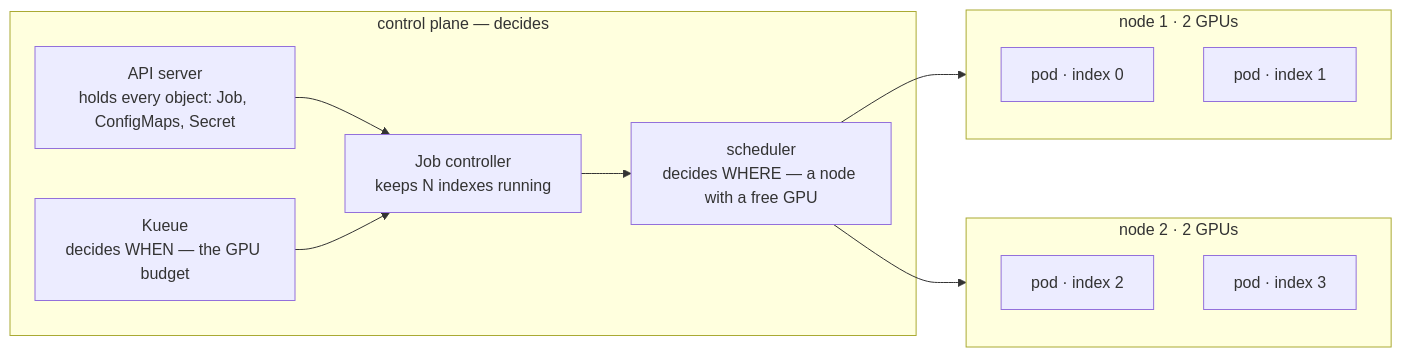
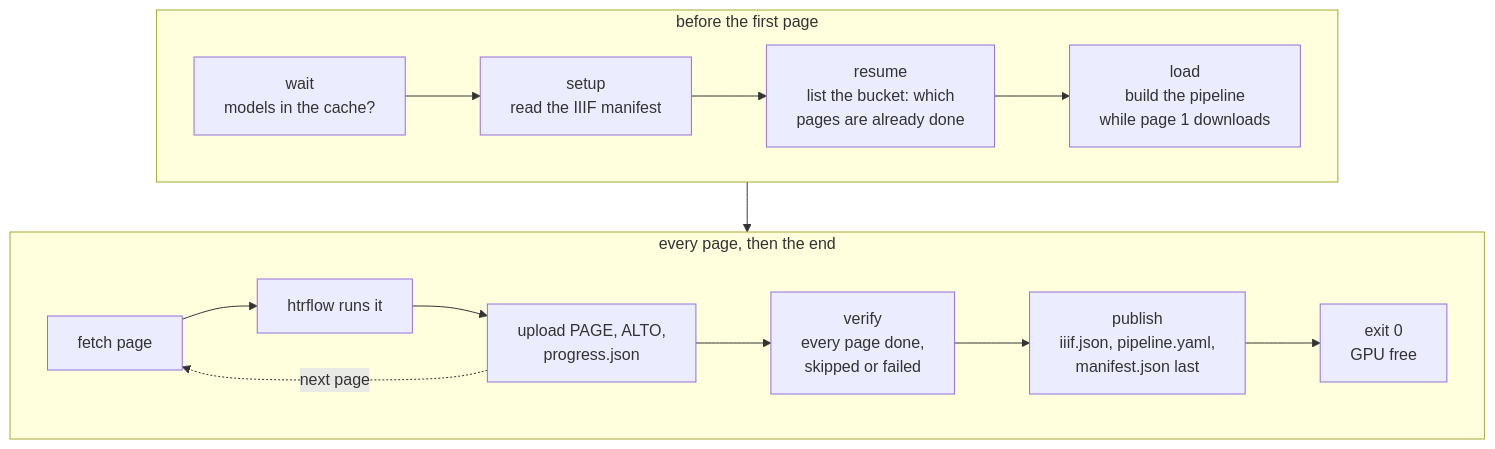
One commit to AI-Riksarkivet/htrflow-batch changed the diagram in docs/slides/assets/part-1-from-one-folder-to-the-archive-2.mmd. Above: the diagram before and after it, drawn with Mermaid. The commit also changed 20 other files, not shown here.

```diff
--- a/docs/slides/assets/part-1-from-one-folder-to-the-archive-2.mmd
+++ b/docs/slides/assets/part-1-from-one-folder-to-the-archive-2.mmd
@@ -1,19 +1,11 @@
-flowchart LR
-  subgraph CP["control plane — decides"]
-    API["API server<br/>holds every object: Job, ConfigMaps, Secret"]
-    JC["Job controller<br/>keeps N indexes running"]
-    KQ["Kueue<br/>decides WHEN — the GPU budget"]
-    SCH["scheduler<br/>decides WHERE — a node with a free GPU"]
+flowchart TB
+  subgraph A["before the first page"]
+    direction LR
+    W["wait<br/>models in the cache?"] --> S["setup<br/>read the IIIF manifest"] --> R["resume<br/>list the bucket: which<br/>pages are already done"] --> L["load<br/>build the pipeline<br/>while page 1 downloads"]
   end
-  subgraph N1["node 1 · 2 GPUs"]
-    P0["pod · index 0"]
-    P1["pod · index 1"]
+  subgraph B["every page, then the end"]
+    direction LR
+    F["fetch page"] --> H["htrflow runs it"] --> U["upload PAGE, ALTO,<br/>progress.json"] --> V["verify<br/>every page done,<br/>skipped or failed"] --> P["publish<br/>iiif.json, pipeline.yaml,<br/>manifest.json last"] --> X["exit 0<br/>GPU free"]
+    U -. "next page" .-> F
   end
-  subgraph N2["node 2 · 2 GPUs"]
-    P2["pod · index 2"]
-    P3["pod · index 3"]
-  end
-  API --> JC --> SCH
-  KQ --> JC
-  SCH --> N1
-  SCH --> N2
+  A --> B
```
